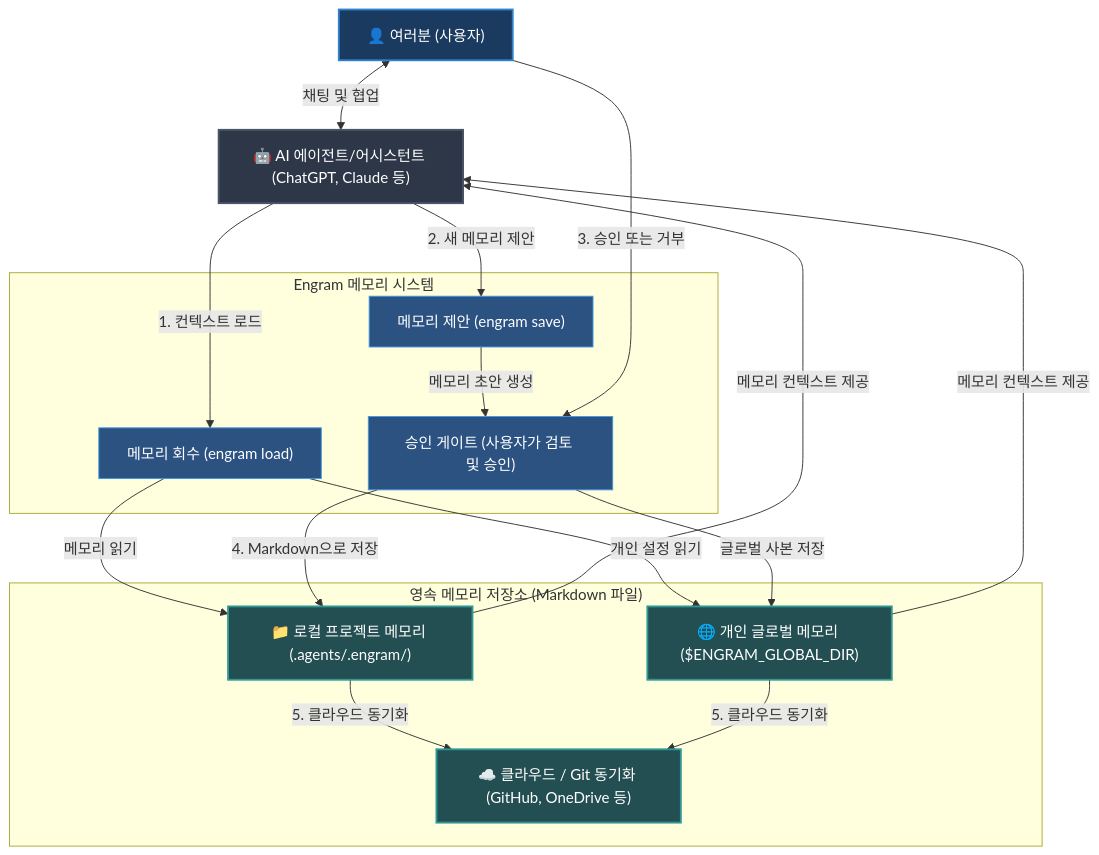
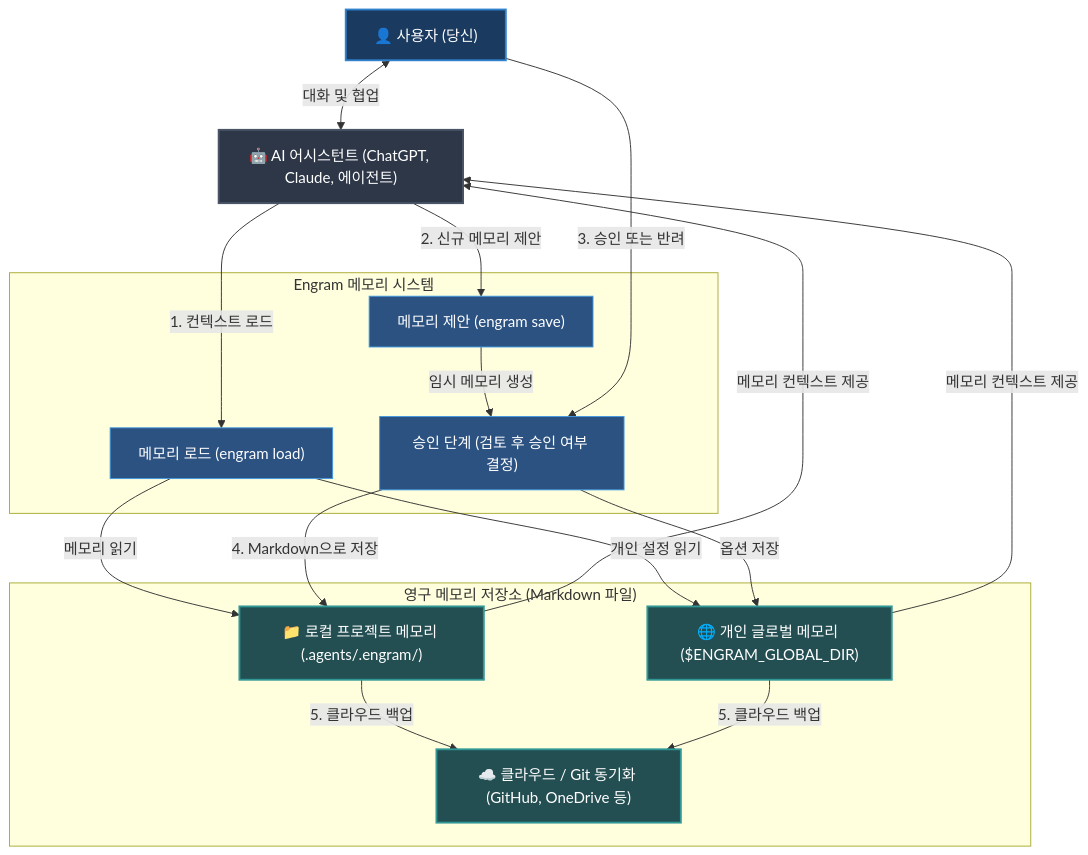
Before and after one commit to the-long-ride/engram: the diagram in documentation/ko/README.md, drawn with Mermaid. The commit also changed other lines of this file and 15 other files, not shown here.

Commit message:
docs: restructure and simplify README files, update Hermes Agent comparison, and refresh roadmap

````diff
--- a/documentation/ko/README.md
+++ b/documentation/ko/README.md
@@ -35,39 +25,39 @@
 ```mermaid
 graph TD
     %% Styling
     classDef default fill:#111,stroke:#333,stroke-width:1px,color:#fff;
     classDef human fill:#1a3a5f,stroke:#3182ce,stroke-width:2px,color:#fff;
     classDef agent fill:#2d3748,stroke:#4a5568,stroke-width:2px,color:#fff;
     classDef storage fill:#234e52,stroke:#319795,stroke-width:2px,color:#fff;
     classDef action fill:#2c5282,stroke:#4299e1,stroke-width:1px,color:#fff;
 
-    User["👤 여러분 (사용자)"]:::human
-    AI["🤖 AI 에이전트/어시스턴트 (ChatGPT, Claude 등)"]:::agent
+    User["👤 사용자 (당신)"]:::human
+    AI["🤖 AI 어시스턴트 (ChatGPT, Claude, 에이전트)"]:::agent
 
     subgraph Engram ["Engram 메모리 시스템"]
-        Load["메모리 회수 (engram load)"]:::action
+        Load["메모리 로드 (engram load)"]:::action
         Propose["메모리 제안 (engram save)"]:::action
-        Review["승인 게이트 (사용자가 검토 및 승인)"]:::action
+        Review["승인 단계 (검토 후 승인 여부 결정)"]:::action
     end
 
-    subgraph Storage ["영속 메모리 저장소 (Markdown 파일)"]
+    subgraph Storage ["영구 메모리 저장소 (Markdown 파일)"]
         LocalStore["📁 로컬 프로젝트 메모리 (.agents/.engram/)"]:::storage
         GlobalStore["🌐 개인 글로벌 메모리 ($ENGRAM_GLOBAL_DIR)"]:::storage
         SyncStore["☁️ 클라우드 / Git 동기화 (GitHub, OneDrive 등)"]:::storage
     end
 
     %% Interactions
-    User <-->|채팅 및 협업| AI
+    User <-->|대화 및 협업| AI
     AI -->|1. 컨텍스트 로드| Load
     Load -->|메모리 읽기| LocalStore
     Load -->|개인 설정 읽기| GlobalStore
     LocalStore & GlobalStore -->|메모리 컨텍스트 제공| AI
 
-    AI -->|2. 새 메모리 제안| Propose
-    Propose -->|메모리 초안 생성| Review
-    User -->|3. 승인 또는 거부| Review
+    AI -->|2. 신규 메모리 제안| Propose
+    Propose -->|임시 메모리 생성| Review
+    User -->|3. 승인 또는 반려| Review
     Review -->|4. Markdown으로 저장| LocalStore
-    Review -->|글로벌 사본 저장| GlobalStore
-    LocalStore -->|5. 클라우드 동기화| SyncStore
-    GlobalStore -->|5. 클라우드 동기화| SyncStore
+    Review -->|옵션 저장| GlobalStore
+    LocalStore -->|5. 클라우드 백업| SyncStore
+    GlobalStore -->|5. 클라우드 백업| SyncStore
 ```
````
